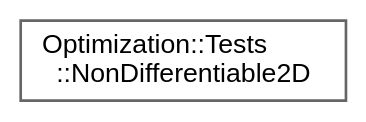
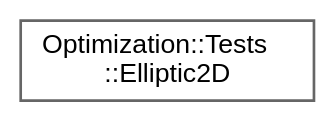
Before and after one commit to jswoo0615/Algorithms_for_Optimization_cpp: the diagram in inherit_graph_42.dot, drawn with Graphviz. The commit also changed 46 other files, not shown here.

```diff
--- a/inherit_graph_42.dot
+++ b/inherit_graph_42.dot
@@ -1,9 +1,9 @@
 digraph "Graphical Class Hierarchy"
 {
  // LATEX_PDF_SIZE
   bgcolor="transparent";
   edge [fontname=Helvetica,fontsize=10,labelfontname=Helvetica,labelfontsize=10];
   node [fontname=Helvetica,fontsize=10,shape=box,height=0.2,width=0.4];
   rankdir="LR";
-  Node0 [id="Node000000",label="Optimization::Tests\l::NonDifferentiable2D",height=0.2,width=0.4,color="grey40", fillcolor="white", style="filled",URL="$structOptimization_1_1Tests_1_1NonDifferentiable2D.html",tooltip="미분 불가능한 2차원 목적 함수 (Non-differentiable Function) f(x) = |x_1| + 2 * |x_2 - 1.0| 전역 최적점: x* = [0...."];
+  Node0 [id="Node000000",label="Optimization::Tests\l::Elliptic2D",height=0.2,width=0.4,color="grey40", fillcolor="white", style="filled",URL="$structOptimization_1_1Tests_1_1Elliptic2D.html",tooltip=" "];
 }
```
